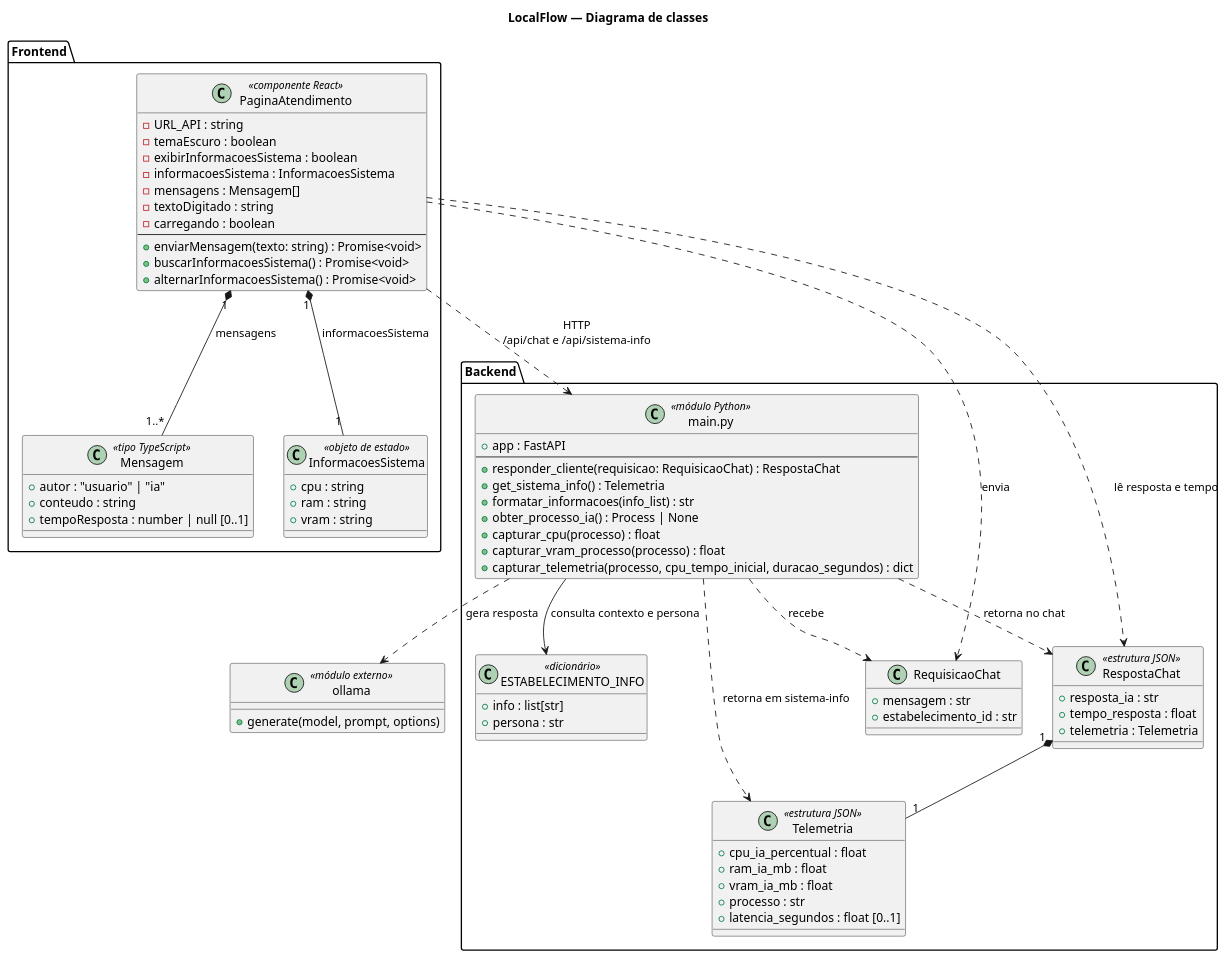
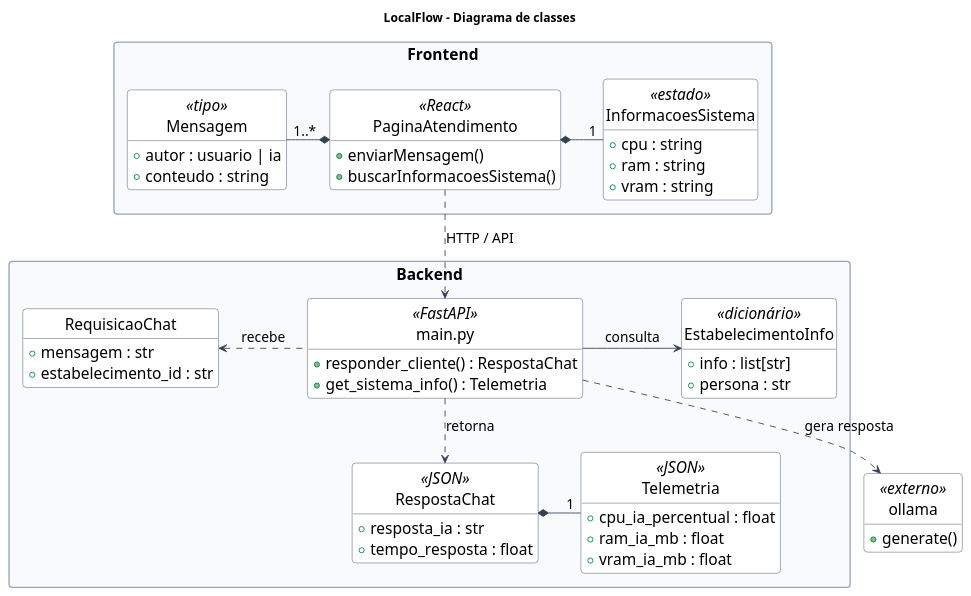
The diagram in diagrama_classe.iuml (carlosabrantesdev/LocalFlow), drawn with PlantUML before and after one commit. The commit also changed 4 other files, not shown here.

```diff
--- a/diagrama_classe.iuml
+++ b/diagrama_classe.iuml
@@ -1,88 +1,86 @@
 @startuml diagrama_classe
 
-title LocalFlow — Diagrama de classes
+title LocalFlow - Diagrama de classes
+
+' Visão geral: detalhes de interface e funções auxiliares foram omitidos.
+top to bottom direction
+hide circle
+hide empty members
+skinparam shadowing false
+skinparam roundcorner 8
+skinparam defaultFontName Arial
+skinparam defaultFontSize 18
+skinparam classFontSize 20
+skinparam classAttributeFontSize 18
+skinparam ArrowFontSize 16
+skinparam packageStyle rectangle
+skinparam nodesep 50
+skinparam ranksep 40
+skinparam classBackgroundColor White
+skinparam classBorderColor #334155
+skinparam ArrowColor #334155
+skinparam packageBackgroundColor #F8FAFC
+skinparam packageBorderColor #94A3B8
 
 package "Frontend" {
-  class PaginaAtendimento <<componente React>> {
-    - URL_API : string
-    - temaEscuro : boolean
-    - exibirInformacoesSistema : boolean
-    - informacoesSistema : InformacoesSistema
-    - mensagens : Mensagem[]
-    - textoDigitado : string
-    - carregando : boolean
-    --
-    + enviarMensagem(texto: string) : Promise<void>
-    + buscarInformacoesSistema() : Promise<void>
-    + alternarInformacoesSistema() : Promise<void>
+  class PaginaAtendimento <<React>> {
+    + enviarMensagem()
+    + buscarInformacoesSistema()
   }
 
-  class Mensagem <<tipo TypeScript>> {
-    + autor : "usuario" | "ia"
+  class Mensagem <<tipo>> {
+    + autor : usuario | ia
     + conteudo : string
-    + tempoResposta : number | null [0..1]
   }
 
-  class InformacoesSistema <<objeto de estado>> {
+  class InformacoesSistema <<estado>> {
     + cpu : string
     + ram : string
     + vram : string
   }
 }
 
 package "Backend" {
-  class "main.py" as Main <<módulo Python>> {
-    + app : FastAPI
-    --
-    + responder_cliente(requisicao: RequisicaoChat) : RespostaChat
+  class "main.py" as Main <<FastAPI>> {
+    + responder_cliente() : RespostaChat
     + get_sistema_info() : Telemetria
-    + formatar_informacoes(info_list) : str
-    + obter_processo_ia() : Process | None
-    + capturar_cpu(processo) : float
-    + capturar_vram_processo(processo) : float
-    + capturar_telemetria(processo, cpu_tempo_inicial, duracao_segundos) : dict
   }
 
   class RequisicaoChat {
     + mensagem : str
     + estabelecimento_id : str
   }
 
-  class "ESTABELECIMENTO_INFO" as EstabelecimentoInfo <<dicionário>> {
+  ' Nome abreviado de ESTABELECIMENTO_INFO para facilitar a leitura.
+  class EstabelecimentoInfo <<dicionário>> {
     + info : list[str]
     + persona : str
   }
 
-  class RespostaChat <<estrutura JSON>> {
+  class RespostaChat <<JSON>> {
     + resposta_ia : str
     + tempo_resposta : float
-    + telemetria : Telemetria
   }
 
-  class Telemetria <<estrutura JSON>> {
+  class Telemetria <<JSON>> {
     + cpu_ia_percentual : float
     + ram_ia_mb : float
     + vram_ia_mb : float
-    + processo : str
-    + latencia_segundos : float [0..1]
   }
 }
 
-class ollama <<módulo externo>> {
-  + generate(model, prompt, options)
+class ollama <<externo>> {
+  + generate()
 }
 
-PaginaAtendimento "1" *-- "1..*" Mensagem : mensagens
-PaginaAtendimento "1" *-- "1" InformacoesSistema : informacoesSistema
-PaginaAtendimento ..> Main : HTTP\n/api/chat e /api/sistema-info
-PaginaAtendimento ..> RequisicaoChat : envia
-PaginaAtendimento ..> RespostaChat : lê resposta e tempo
+PaginaAtendimento *-left- "1..*" Mensagem
+PaginaAtendimento *-right- "1" InformacoesSistema
+PaginaAtendimento ..> Main : HTTP / API
 
-Main ..> RequisicaoChat : recebe
-Main ..> RespostaChat : retorna no chat
-Main ..> Telemetria : retorna em sistema-info
-Main --> EstabelecimentoInfo : consulta contexto e persona
+Main .left.> RequisicaoChat : recebe
+Main ..> RespostaChat : retorna
+Main -right-> EstabelecimentoInfo : consulta
 Main ..> ollama : gera resposta
-RespostaChat "1" *-- "1" Telemetria
+RespostaChat *-right- "1" Telemetria
 
 @enduml
```
